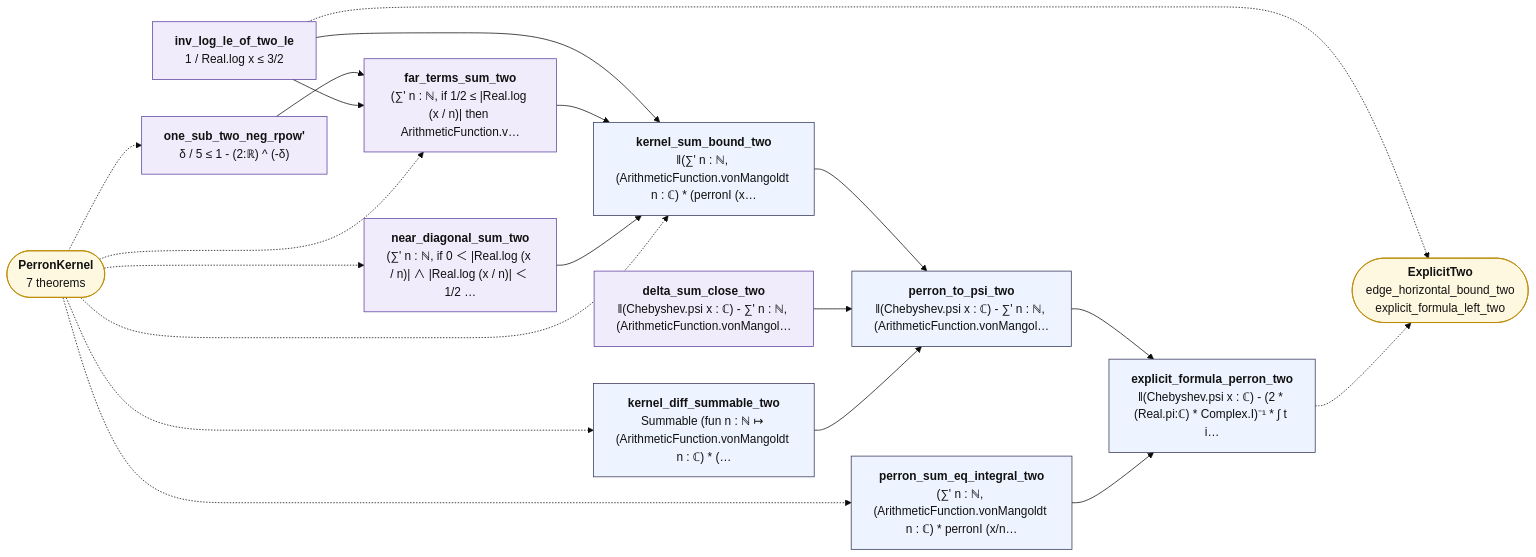
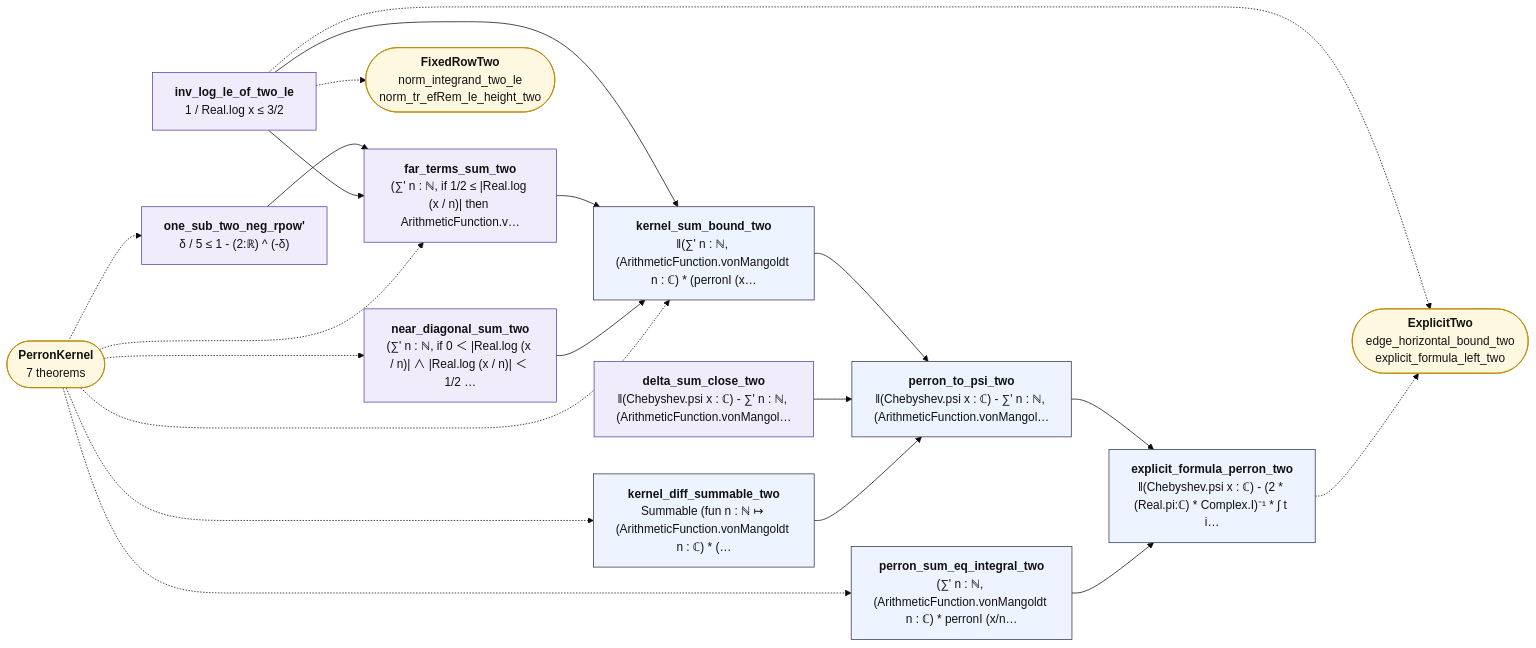
Before and after one commit to juliansambranojr/Primebeat_081426: the diagram in map/lean_stage3/PerronTwo.mmd, drawn with Mermaid (base theme). The commit also changed 49 other files, not shown here.

```diff
--- a/map/lean_stage3/PerronTwo.mmd
+++ b/map/lean_stage3/PerronTwo.mmd
@@ -1,39 +1,41 @@
 flowchart LR
   n0["<b>one_sub_two_neg_rpow'</b><br/>δ / 5 ≤ 1 - (2:ℝ) ^ (-δ)"]:::shp
   n1["<b>inv_log_le_of_two_le</b><br/>1 / Real.log x ≤ 3/2"]:::shp
   n2["<b>far_terms_sum_two</b><br/>(∑' n : ℕ, if 1/2 ≤ |Real.log (x / n)| then ArithmeticFunction.v…"]:::shp
   n3["<b>near_diagonal_sum_two</b><br/>(∑' n : ℕ, if 0 ＜ |Real.log (x / n)| ∧ |Real.log (x / n)| ＜ 1/2 …"]:::shp
   n4["<b>kernel_sum_bound_two</b><br/>‖(∑' n : ℕ, (ArithmeticFunction.vonMangoldt n : ℂ) * (perronI (x…"]:::thm
   n5["<b>delta_sum_close_two</b><br/>‖(Chebyshev.psi x : ℂ) - ∑' n : ℕ, (ArithmeticFunction.vonMangol…"]:::shp
   n6["<b>kernel_diff_summable_two</b><br/>Summable (fun n : ℕ ↦ (ArithmeticFunction.vonMangoldt n : ℂ) * (…"]:::thm
   n7["<b>perron_to_psi_two</b><br/>‖(Chebyshev.psi x : ℂ) - ∑' n : ℕ, (ArithmeticFunction.vonMangol…"]:::thm
   n8["<b>perron_sum_eq_integral_two</b><br/>(∑' n : ℕ, (ArithmeticFunction.vonMangoldt n : ℂ) * perronI (x/n…"]:::thm
   n9["<b>explicit_formula_perron_two</b><br/>‖(Chebyshev.psi x : ℂ) - (2 * (Real.pi:ℂ) * Complex.I)⁻¹ * ∫ t i…"]:::thm
   x0(["<b>PerronKernel</b><br/>7 theorems"]):::ext
   x1(["<b>ExplicitTwo</b><br/>edge_horizontal_bound_two<br/>explicit_formula_left_two"]):::ext
+  x2(["<b>FixedRowTwo</b><br/>norm_integrand_two_le<br/>norm_tr_efRem_le_height_two"]):::ext
   n0 --> n2
   n1 --> n2
   n1 --> n4
   n2 --> n4
   n3 --> n4
   n4 --> n7
   n5 --> n7
   n6 --> n7
   n7 --> n9
   n8 --> n9
   n1 -.-> x1
+  n1 -.-> x2
   n9 -.-> x1
   x0 -.-> n0
   x0 -.-> n2
   x0 -.-> n3
   x0 -.-> n4
   x0 -.-> n6
   x0 -.-> n8
   classDef cnt fill:#dff5ec,stroke:#17694a,color:#111
   classDef shp fill:#f1ecfb,stroke:#5b3fa0,color:#111
   classDef rh fill:#ffe5e5,stroke:#c22,color:#111,stroke-width:2px
   classDef thm fill:#eef4ff,stroke:#335,color:#111
   classDef end_ fill:#e7f7e7,stroke:#2a7,color:#111,stroke-width:2px
   classDef lone fill:#fff,stroke:#999,color:#111,stroke-dasharray:4 3
   classDef bad fill:#ffe5e5,stroke:#c22,color:#111,stroke-width:2px
   classDef ext fill:#fff8e1,stroke:#b80,color:#111
```
